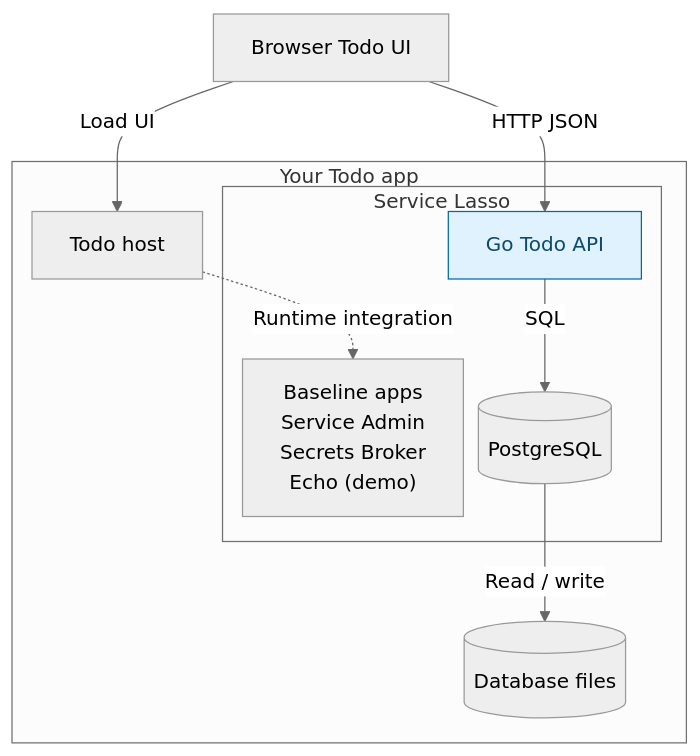
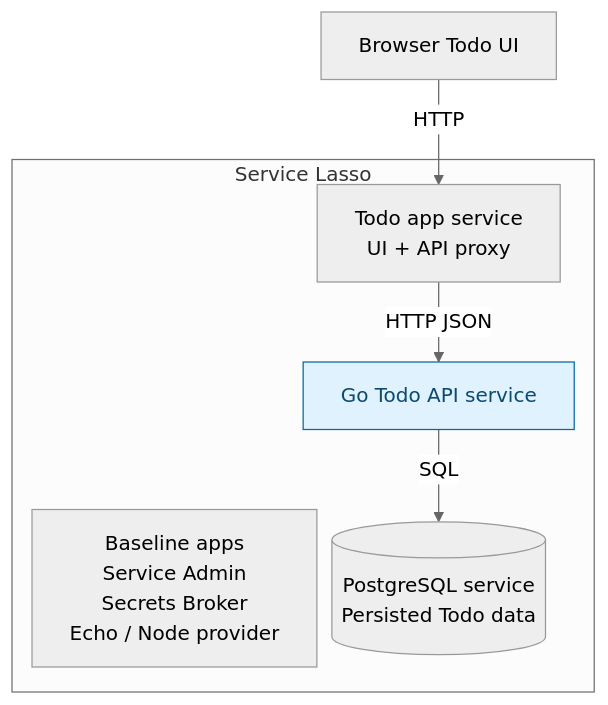
One commit to service-lasso/service-lasso changed the diagram in docs/getting-started/advanced-add-go-todo-api-service.md. Above: the diagram before and after it, drawn with Mermaid (neutral theme). The commit also changed other lines of this file and 23 other files, not shown here.

First line of the commit message:
docs: teach adding real Todo, PostgreSQL and Go API services (#1659)

````diff
--- a/docs/getting-started/advanced-add-go-todo-api-service.md
+++ b/docs/getting-started/advanced-add-go-todo-api-service.md
@@ -20,23 +19,18 @@
 ```mermaid
 %%{init: {"flowchart": {"nodeSpacing": 12, "rankSpacing": 40}}}%%
 flowchart TB
-  accTitle: Stage 3: Todo application and managed services
-  accDescr: The Todo application owns its host and storage. Service Lasso manages Service Admin, Secrets Broker and Echo, with PostgreSQL added in stage 2 and a Go Todo API added in stage 3. Local JSON and database files are storage, not services.
+  accTitle: Stage 3: Add a managed Go API
+  accDescr: Service Lasso manages the Todo app from stage one alongside baseline apps. Stage two adds PostgreSQL. Stage three adds a Go API between the Todo service and database. JSON storage belongs to the Todo service and is not a separate service.
   browser["Browser Todo UI"]
-  subgraph app["Your Todo app"]
-    host["Todo host"]
-    subgraph lasso["Service Lasso"]
-      baseline["Baseline apps<br/>Service Admin<br/>Secrets Broker<br/>Echo (demo)"]
-      api["Go Todo API"]
-      db[("PostgreSQL")]
-    end
-    data[("Database files")]
+  subgraph lasso["Service Lasso"]
+    baseline["Baseline apps<br/>Service Admin<br/>Secrets Broker<br/>Echo / Node provider"]
+    todo["Todo app service<br/>UI + API proxy"]
+    api["Go Todo API service"]
+    db[("PostgreSQL service<br/>Persisted Todo data")]
   end
-  browser -->|Load UI| host
-  browser -->|HTTP JSON| api
+  browser -->|HTTP| todo
+  todo -->|HTTP JSON| api
   api -->|SQL| db
-  db -->|Read / write| data
-  host -. Runtime integration .-> baseline
   classDef added fill:#e0f2fe,stroke:#0369a1,color:#0c4a6e
   class api added
 ```
````
